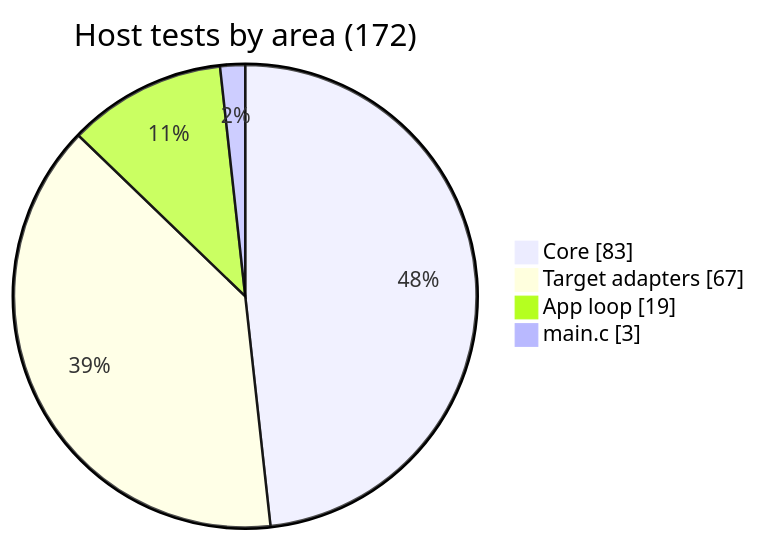
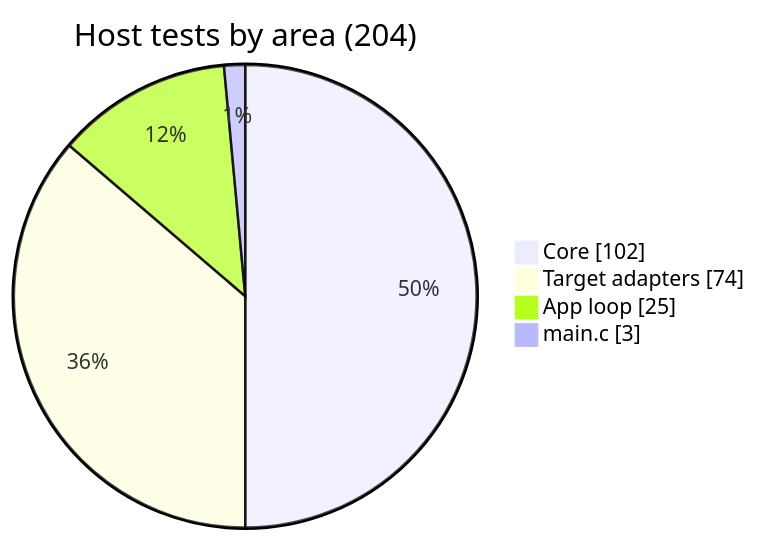
Before and after one commit to BonelessPig/nano_sequencer: diagram 17 of 20 in docs/ARCHITECTURE.md, drawn with Mermaid. The commit also changed other lines of this file and 33 other files, not shown here.

````diff
--- a/docs/ARCHITECTURE.md
+++ b/docs/ARCHITECTURE.md
@@ -584,8 +647,8 @@
 ```mermaid
 pie showData
-    title Host tests by area (172)
-    "Core" : 83
-    "Target adapters" : 67
-    "App loop" : 19
+    title Host tests by area (204)
+    "Core" : 102
+    "Target adapters" : 74
+    "App loop" : 25
     "main.c" : 3
 ```
````
